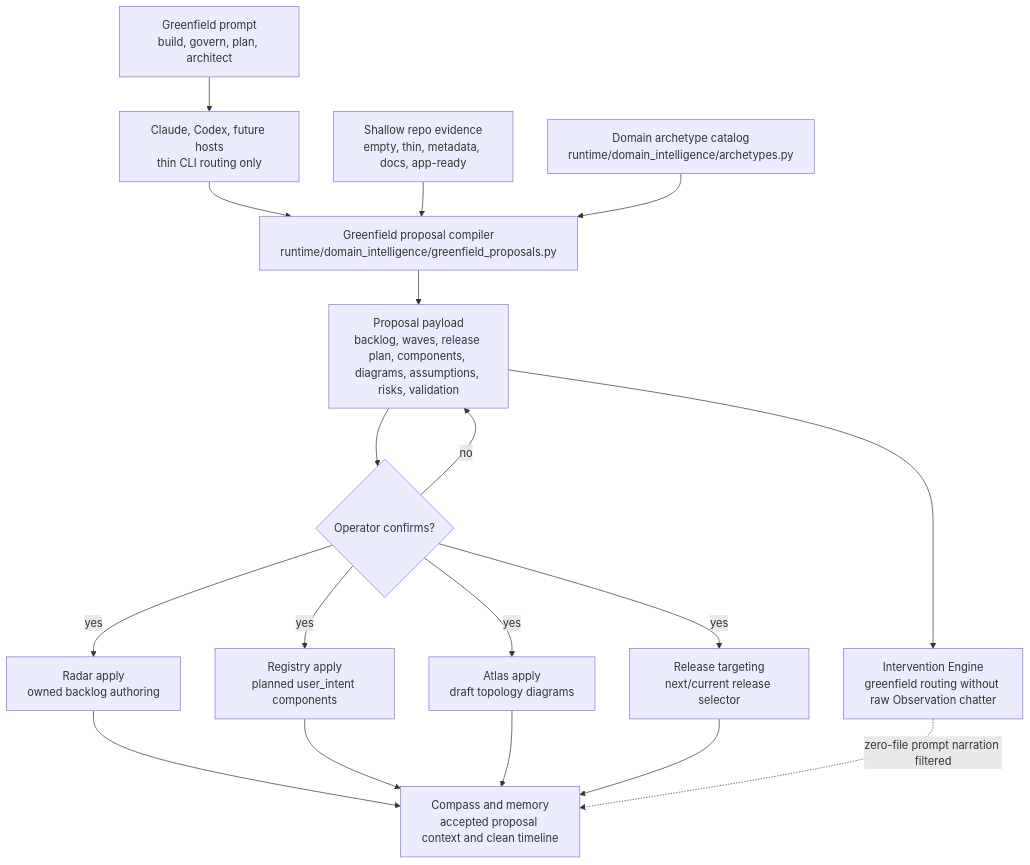
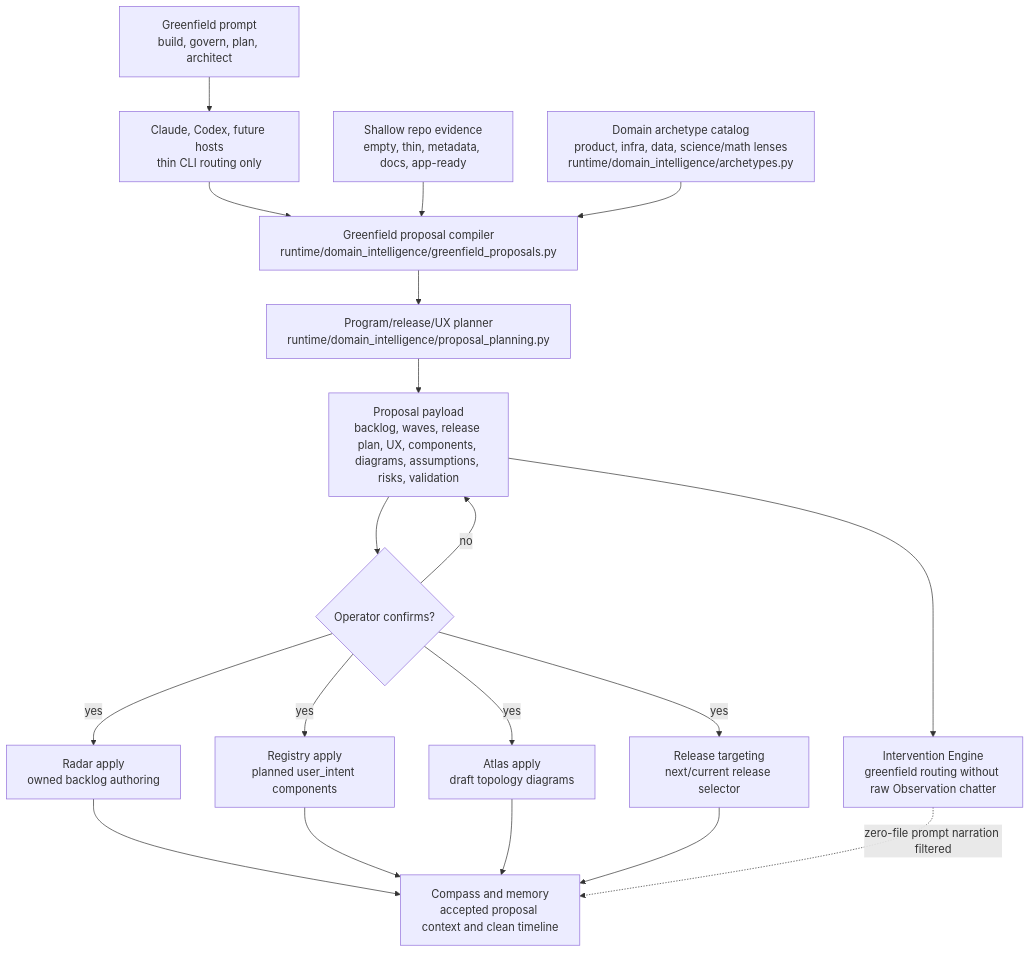
Before and after one commit to odylith/odylith: the diagram in odylith/atlas/source/domain-intelligence-greenfield-governance.mmd, drawn with Mermaid. The commit also changed 70 other files, not shown here.

Commit message:
Harden greenfield domain intelligence

```diff
--- a/odylith/atlas/source/domain-intelligence-greenfield-governance.mmd
+++ b/odylith/atlas/source/domain-intelligence-greenfield-governance.mmd
@@ -1,32 +1,34 @@
 flowchart TB
     prompt["Greenfield prompt<br/>build, govern, plan, architect"]
     source["Shallow repo evidence<br/>empty, thin, metadata, docs, app-ready"]
-    catalog["Domain archetype catalog<br/>runtime/domain_intelligence/archetypes.py"]
+    catalog["Domain archetype catalog<br/>product, infra, data, science/math lenses<br/>runtime/domain_intelligence/archetypes.py"]
     compiler["Greenfield proposal compiler<br/>runtime/domain_intelligence/greenfield_proposals.py"]
-    proposal["Proposal payload<br/>backlog, waves, release plan, components, diagrams, assumptions, risks, validation"]
+    planning["Program/release/UX planner<br/>runtime/domain_intelligence/proposal_planning.py"]
+    proposal["Proposal payload<br/>backlog, waves, release plan, UX, components, diagrams, assumptions, risks, validation"]
     confirm{"Operator confirms?"}
     radar["Radar apply<br/>owned backlog authoring"]
     registry["Registry apply<br/>planned user_intent components"]
     atlas["Atlas apply<br/>draft topology diagrams"]
     release["Release targeting<br/>next/current release selector"]
     compass["Compass and memory<br/>accepted proposal context and clean timeline"]
     intervention["Intervention Engine<br/>greenfield routing without raw Observation chatter"]
     host["Claude, Codex, future hosts<br/>thin CLI routing only"]
 
     prompt --> host
     host --> compiler
     source --> compiler
     catalog --> compiler
-    compiler --> proposal
+    compiler --> planning
+    planning --> proposal
     proposal --> intervention
     proposal --> confirm
     confirm -- "no" --> proposal
     confirm -- "yes" --> radar
     confirm -- "yes" --> registry
     confirm -- "yes" --> atlas
     confirm -- "yes" --> release
     radar --> compass
     registry --> compass
     atlas --> compass
     release --> compass
     intervention -. "zero-file prompt narration filtered" .-> compass
```
